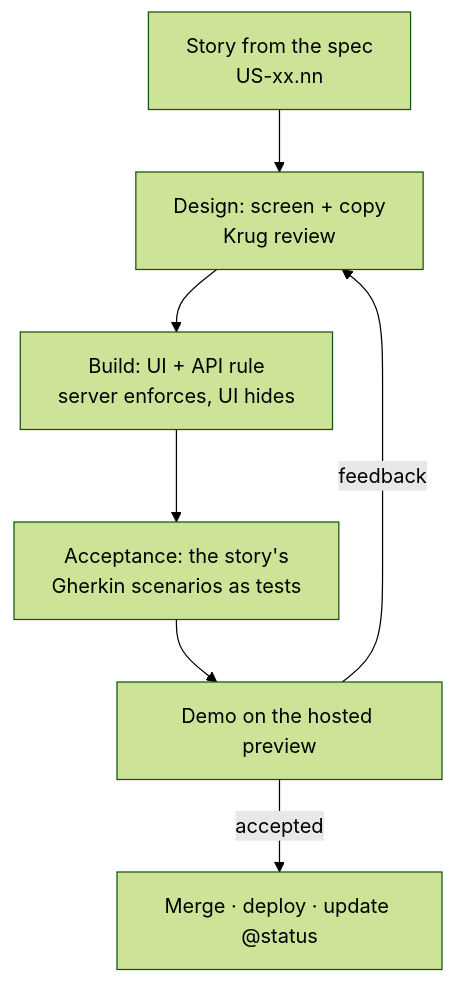
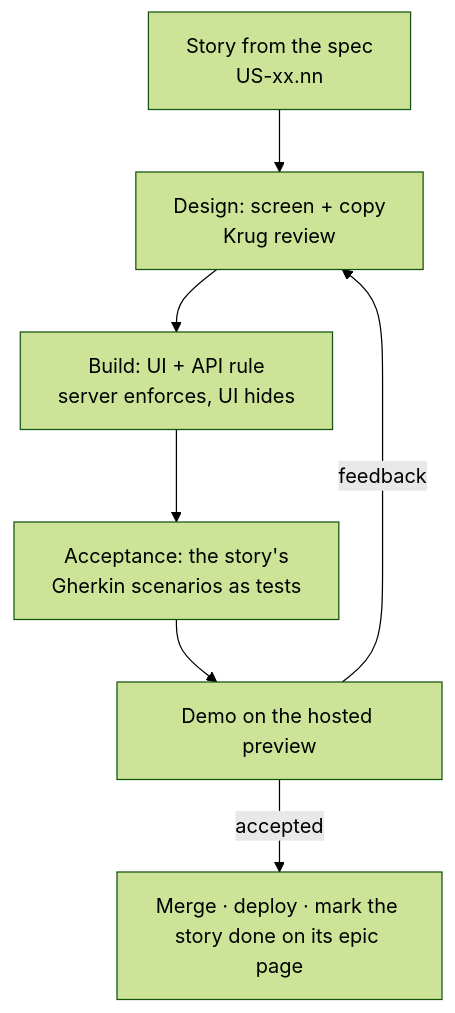
Before and after one commit to grzegorzwenc/UCP-next: the second of 2 diagrams in docs/spec/ROADMAP.md, drawn with Mermaid (forest theme). The commit also changed other lines of this file and 24 other files, not shown here.

Commit message:
Docs: one source of truth — epic pages in epics/ only; README with Jira guide; build order in roadmap; removed generated duplicates

````diff
--- a/docs/spec/ROADMAP.md
+++ b/docs/spec/ROADMAP.md
@@ -66,9 +66,9 @@
 ```mermaid
 flowchart TD
   S[Story from the spec<br/>US-xx.nn] --> D[Design: screen + copy<br/>Krug review]
   D --> I[Build: UI + API rule<br/>server enforces, UI hides]
   I --> T[Acceptance: the story's<br/>Gherkin scenarios as tests]
   T --> R[Demo on the hosted preview]
   R -->|feedback| D
-  R -->|accepted| M[Merge · deploy · update @status]
+  R -->|accepted| M[Merge · deploy · mark the story done on its epic page]
 ```
````
